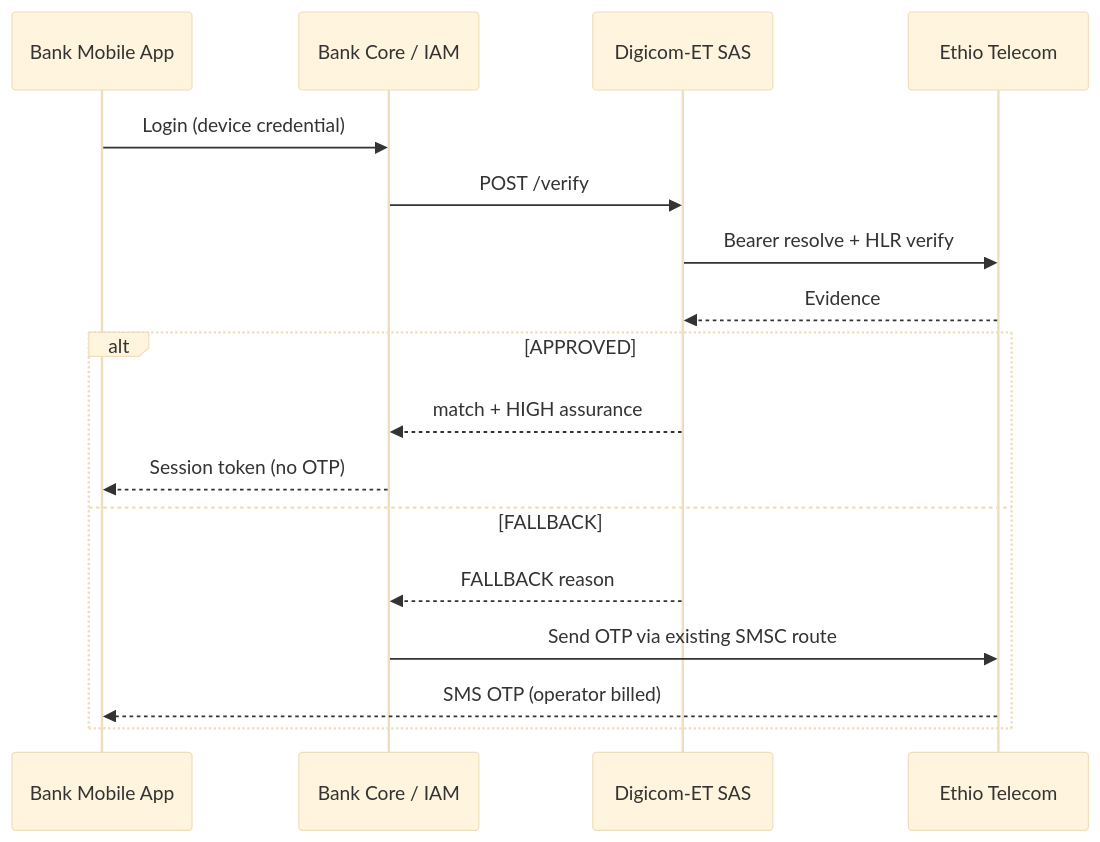
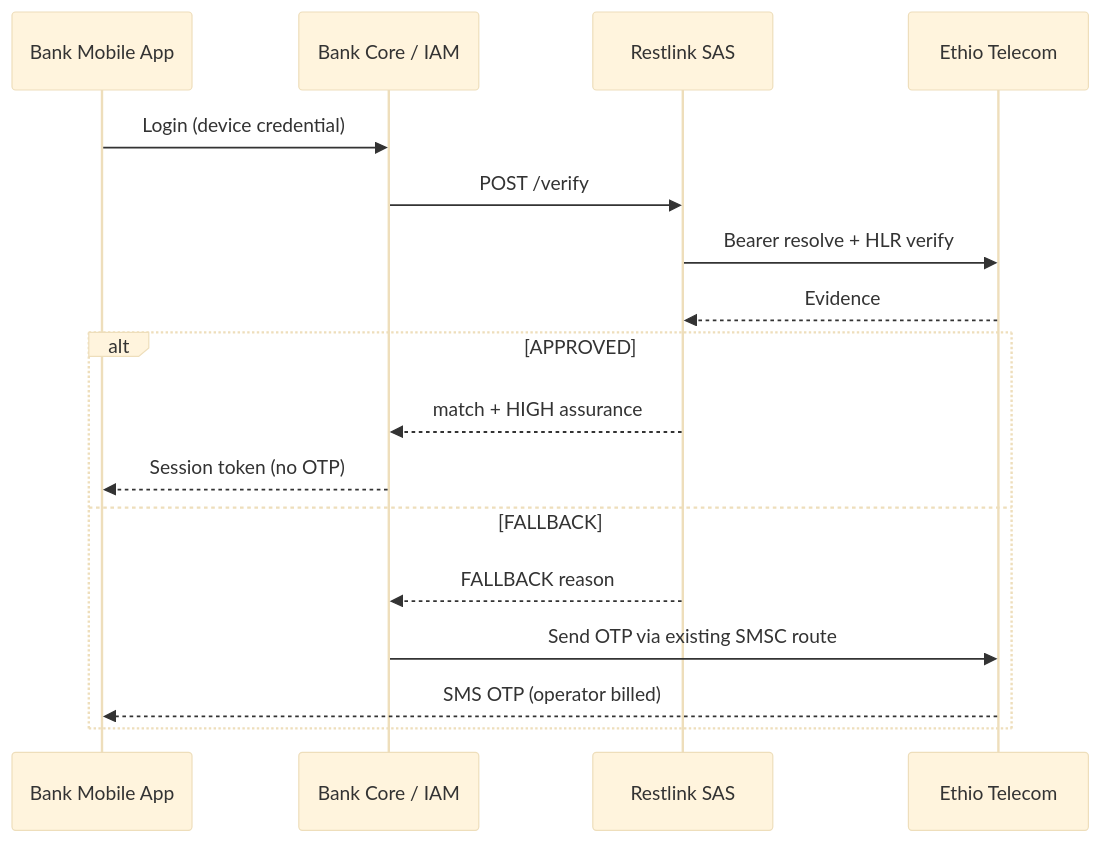
One commit to nhanth87/silent-authentication changed the second of 2 diagrams in proposal/chapters/03_ethiopia_market.md. Above: the diagram before and after it, drawn with Mermaid (base theme). The commit also changed other lines of this file and 27 other files, not shown here.

````diff
--- a/proposal/chapters/03_ethiopia_market.md
+++ b/proposal/chapters/03_ethiopia_market.md
@@ -153,19 +153,19 @@
 ```mermaid
 sequenceDiagram
     participant App as Bank Mobile App
     participant BE as Bank Core / IAM
-    participant D as Digicom-ET SAS
+    participant D as Restlink SAS
     participant ET as Ethio Telecom
     App->>BE: Login (device credential)
     BE->>D: POST /verify
     D->>ET: Bearer resolve + HLR verify
     ET-->>D: Evidence
     alt APPROVED
         D-->>BE: match + HIGH assurance
         BE-->>App: Session token (no OTP)
     else FALLBACK
         D-->>BE: FALLBACK reason
         BE->>ET: Send OTP via existing SMSC route
         ET-->>App: SMS OTP (operator billed)
     end
 ```
````
